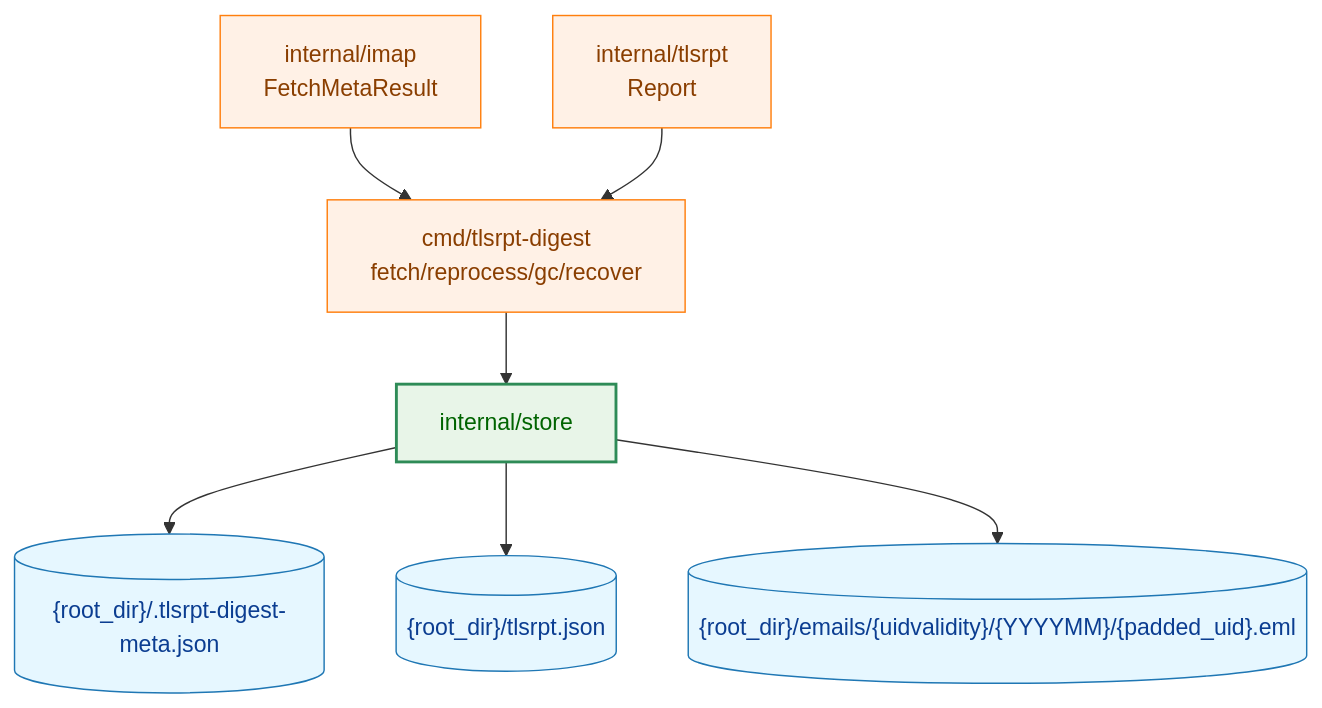
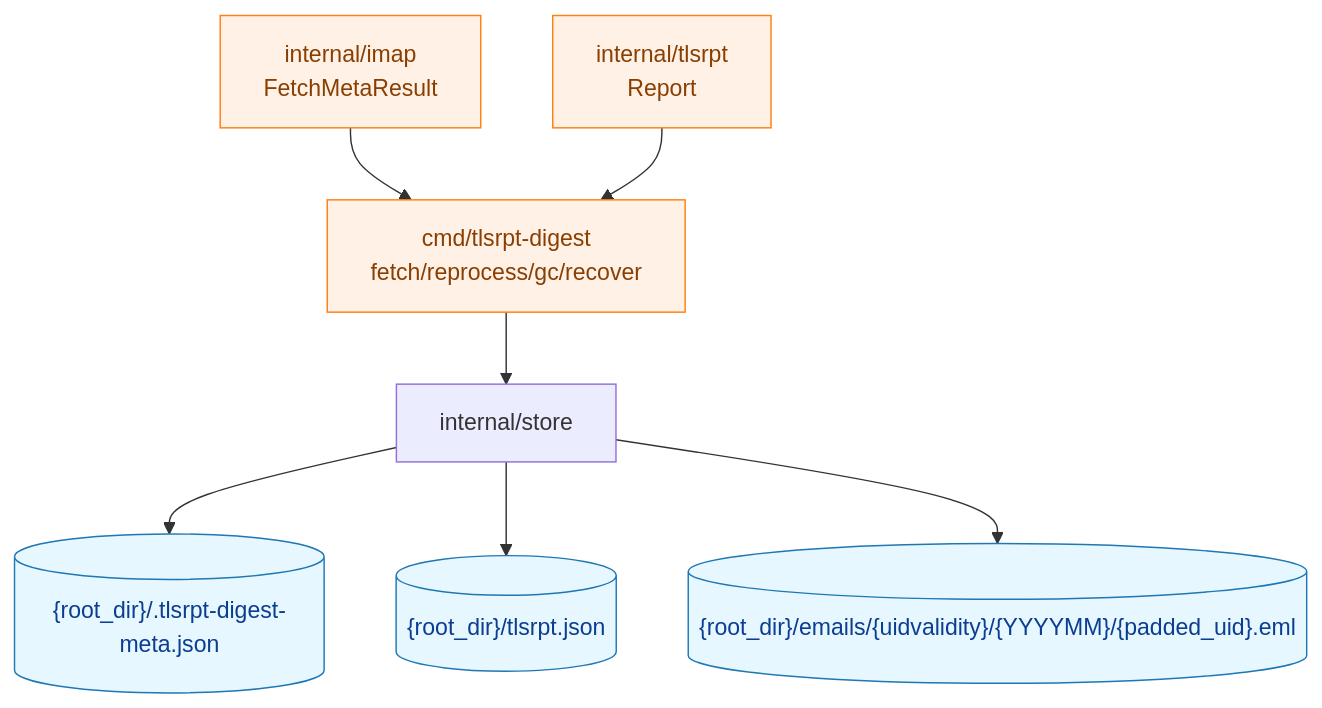
The first of 15 diagrams in docs/tasks/0040_store/02_architecture.md (isseis/tlsrpt-digest), drawn with Mermaid before and after one commit. The commit also changed other lines of this file, not shown here.

First line of the commit message:
docs(store/arch): fix three review issues (newpkg class, ErrRecoveryStateNotFound, ReadOnly sentinel)

````diff
--- a/docs/tasks/0040_store/02_architecture.md
+++ b/docs/tasks/0040_store/02_architecture.md
@@ -27,17 +27,17 @@
 ```mermaid
 flowchart TD
     classDef data fill:#e6f7ff,stroke:#1f77b4,stroke-width:1px,color:#0b3d91;
     classDef process fill:#fff1e6,stroke:#ff7f0e,stroke-width:1px,color:#8a3e00;
     classDef enhanced fill:#e8f5e8,stroke:#2e8b57,stroke-width:2px,color:#006400;
 
     IMAP["internal/imap<br>FetchMetaResult"] --> EP["cmd/tlsrpt-digest<br>fetch/reprocess/gc/recover"]
     TLSRPT["internal/tlsrpt<br>Report"] --> EP
     EP --> STORE["internal/store"]
     STORE --> SENTINEL[("{root_dir}/.tlsrpt-digest-meta.json")]
     STORE --> JSON[("{root_dir}/tlsrpt.json")]
     STORE --> EML[("{root_dir}/emails/{uidvalidity}/{YYYYMM}/{padded_uid}.eml")]
 
     class SENTINEL,JSON,EML data
     class IMAP,TLSRPT,EP process
-    class STORE enhanced
+    class STORE newpkg
 ```
````
